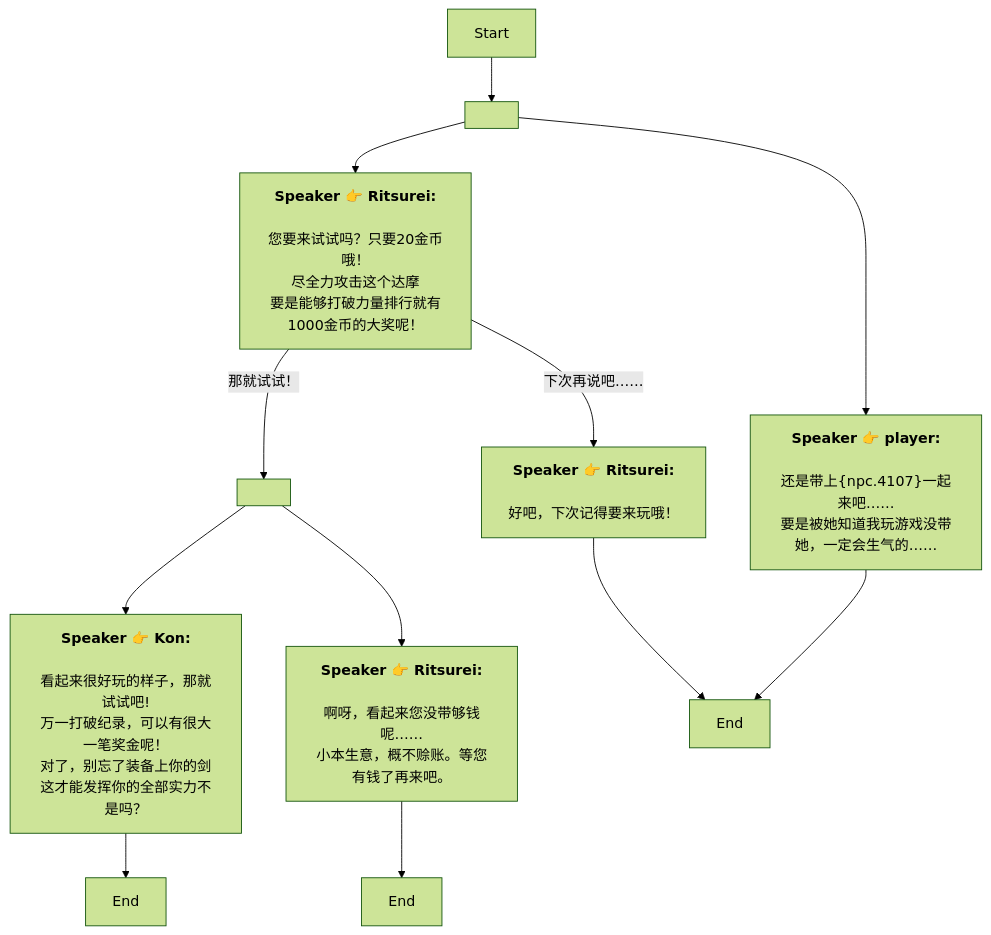
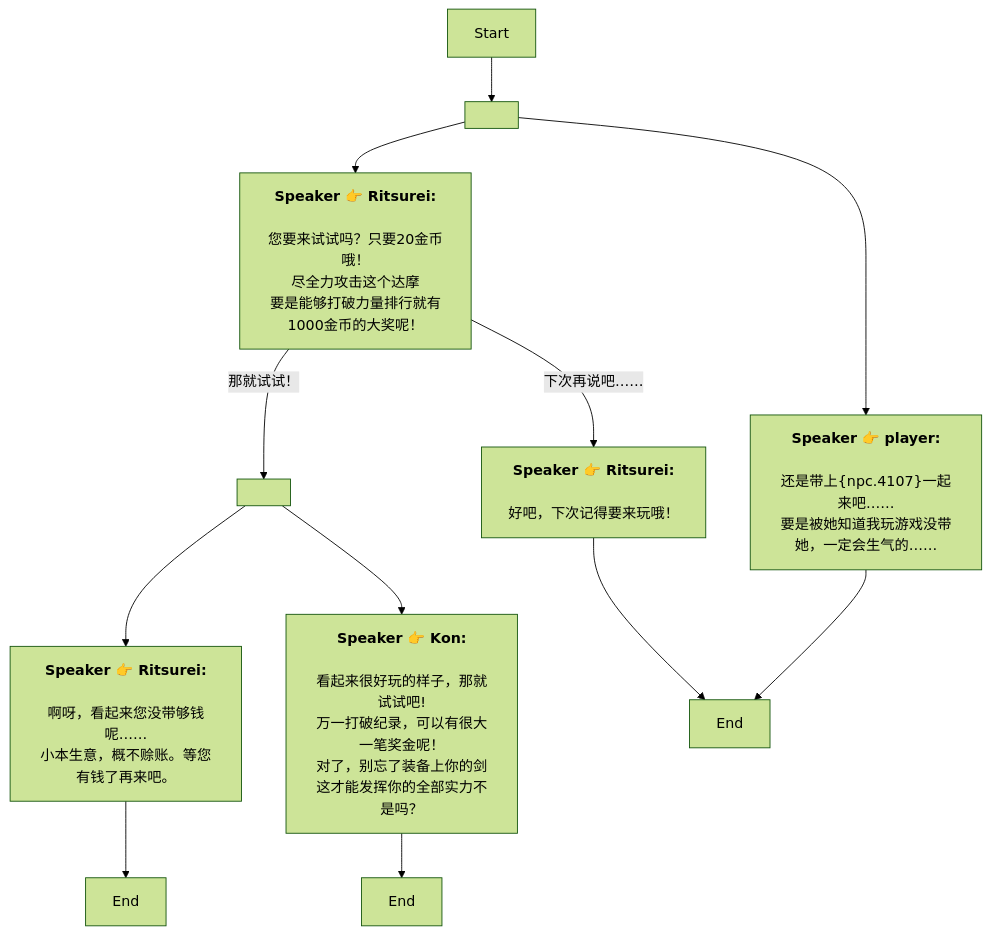
The diagram in Zh/Dialog_55394213989384.md (SoftHu/tos_avg), drawn with Mermaid (forest theme) before and after one commit. The commit also changed other lines of this file and 780 other files, not shown here.

````diff
--- a/Zh/Dialog_55394213989384.md
+++ b/Zh/Dialog_55394213989384.md
@@ -1,26 +1,26 @@
 ```mermaid
 graph
 Start -->1772614872257778[ ]
+1772614872257778 -->1772614872268031[<b>Speaker 👉 player:</b>
+\n还是带上&lbrace;npc.4107&rbrace;一起来吧……
+要是被她知道我玩游戏没带她，一定会生气的……]
 1772614872257778 -->1772614872258803[<b>Speaker 👉 Ritsurei:</b>
 \n您要来试试吗？只要20金币哦！
 尽全力攻击这个达摩
 要是能够打破力量排行就有1000金币的大奖呢！]
-1772614872257778 -->1772614872268031[<b>Speaker 👉 player:</b>
-\n还是带上&lbrace;npc.4107&rbrace;一起来吧……
-要是被她知道我玩游戏没带她，一定会生气的……]
-1772614872258803 -->|那就试试！|1772614872260855[ ]
 1772614872258803 -->|下次再说吧……|1772614872267005[<b>Speaker 👉 Ritsurei:</b>
 \n好吧，下次记得要来玩哦！]
+1772614872258803 -->|那就试试！|1772614872260855[ ]
+1772614872260855 -->1772614872264955[<b>Speaker 👉 Ritsurei:</b>
+\n啊呀，看起来您没带够钱呢……
+小本生意，概不赊账。等您有钱了再来吧。]
 1772614872260855 -->1772614872262904[<b>Speaker 👉 Kon:</b>
 \n看起来很好玩的样子，那就试试吧!
 万一打破纪录，可以有很大一笔奖金呢！\n对了，别忘了装备上你的剑
 这才能发挥你的全部实力不是吗？]
-1772614872260855 -->1772614872264955[<b>Speaker 👉 Ritsurei:</b>
-\n啊呀，看起来您没带够钱呢……
-小本生意，概不赊账。等您有钱了再来吧。]
 1772614872262904 -->1772614872263930[End]
 1772614872264955 -->1772614872265980[End]
 1772614872267005 -->1772614872267006[End]
 1772614872268031 -->1772614872267006[End]
 
 ```
````
